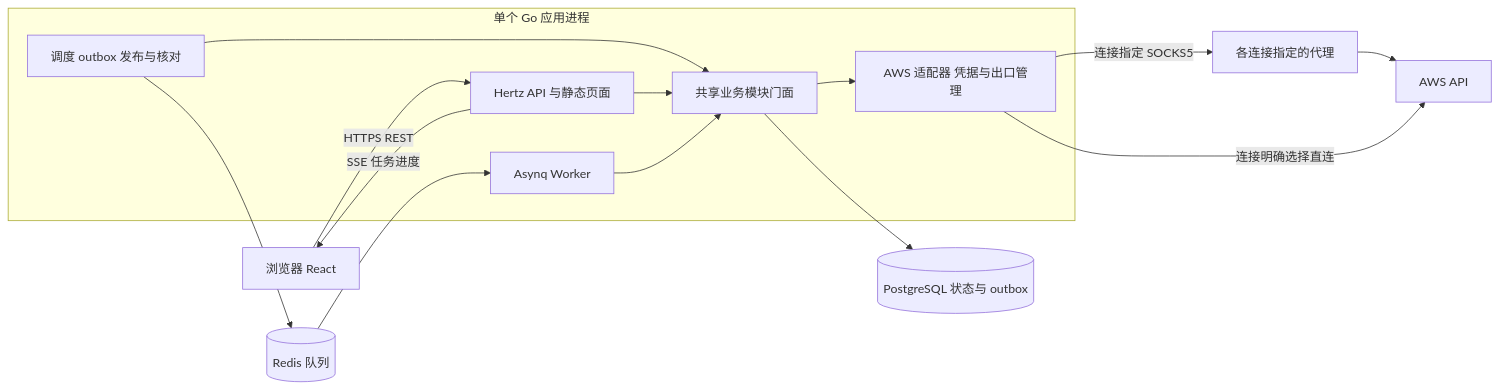
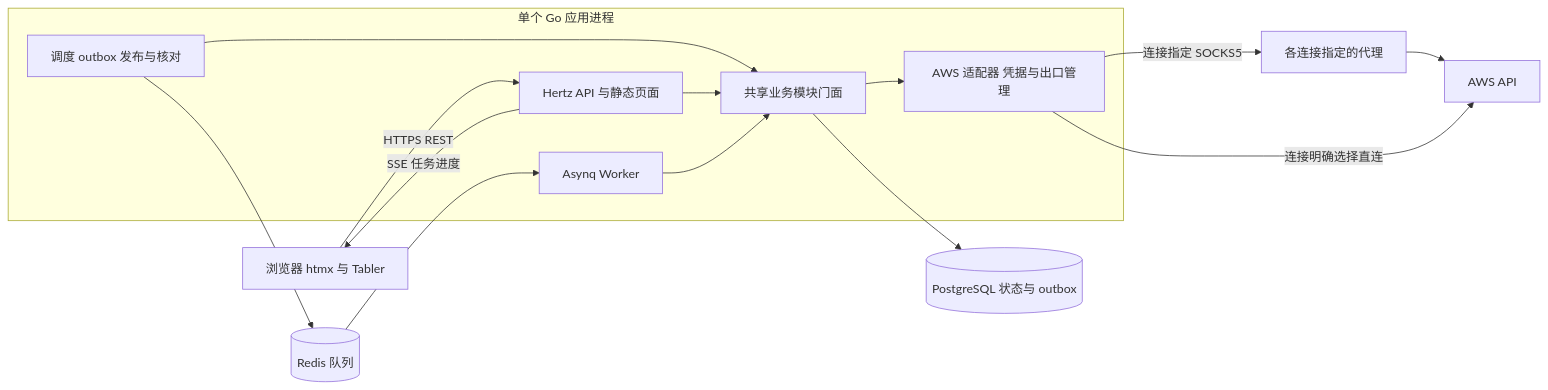
One commit to Ember-Moth/aws-panel changed the diagram in docs/architecture.md. Above: the diagram before and after it, drawn with Mermaid. The commit also changed other lines of this file and 80 other files, not shown here.

````diff
--- a/docs/architecture.md
+++ b/docs/architecture.md
@@ -19,23 +19,23 @@
 ```mermaid
 flowchart LR
-    Browser[浏览器 React]
+    Browser[浏览器 htmx 与 Tabler]
     subgraph App[单个 Go 应用进程]
         API[Hertz API 与静态页面]
         Worker[Asynq Worker]
         Publisher[调度 outbox 发布与核对]
         Services[共享业务模块门面]
         Adapter[AWS 适配器 凭据与出口管理]
         API --> Services
         Worker --> Services
         Publisher --> Services
         Services --> Adapter
     end
     Browser -->|HTTPS REST| API
     API -->|SSE 任务进度| Browser
     Services --> DB[(PostgreSQL 状态与 outbox)]
     Publisher --> Queue[(Redis 队列)]
     Queue --> Worker
     Adapter -->|连接指定 SOCKS5| Proxy[各连接指定的代理]
     Proxy --> AWS[AWS API]
     Adapter -->|连接明确选择直连| AWS
 ```
````
